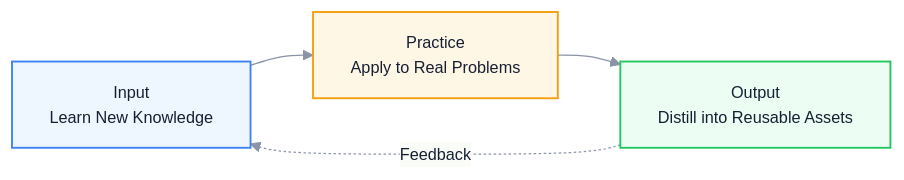
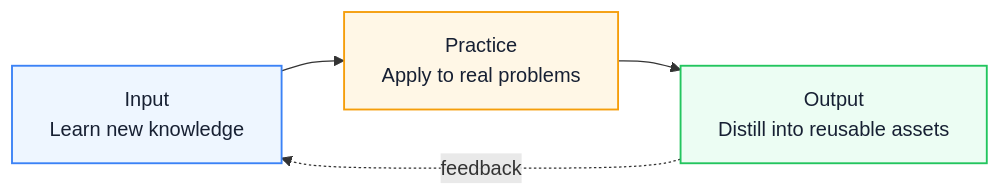
Before and after one commit to Fatejian/frontier-vault: the third of 3 diagrams in docs/en/career/growth-path.md, drawn with Mermaid. The commit also changed other lines of this file and 41 other files, not shown here.

First line of the commit message:
docs: align knowledge base with article style v3.2.0

````diff
--- a/docs/en/career/growth-path.md
+++ b/docs/en/career/growth-path.md
@@ -601,18 +549,17 @@
 ```mermaid
-%%{init: {'theme': 'base', 'themeVariables': { 'fontFamily': 'Inter, PingFang SC, Microsoft YaHei, sans-serif', 'primaryColor': '#F7F9FC', 'primaryTextColor': '#172033', 'primaryBorderColor': '#6EA8FE', 'lineColor': '#8A94A6', 'fontSize': '13px'}}}%%
 flowchart LR
-    I["Input<br/>Learn New Knowledge"]
-    P["Practice<br/>Apply to Real Problems"]
-    O["Output<br/>Distill into Reusable Assets"]
+    I["Input<br/>Learn new knowledge"]
+    P["Practice<br/>Apply to real problems"]
+    O["Output<br/>Distill into reusable assets"]
 
     I --> P --> O
-    O -. Feedback .-> I
+    O -. feedback .-> I
 
-    classDef input fill:#EEF6FF,stroke:#3B82F6,color:#172033,stroke-width:1.5px;
-    classDef practice fill:#FFF7E6,stroke:#F59E0B,color:#172033,stroke-width:1.5px;
-    classDef output fill:#ECFDF3,stroke:#22C55E,color:#172033,stroke-width:1.5px;
+    classDef wait fill:#EEF6FF,stroke:#3B82F6,color:#172033,stroke-width:1.5px;
+    classDef block fill:#FFF7E6,stroke:#F59E0B,color:#172033,stroke-width:1.5px;
+    classDef work fill:#ECFDF3,stroke:#22C55E,color:#172033,stroke-width:1.5px;
 
-    class I input;
-    class P practice;
-    class O output;
+    class I wait;
+    class P block;
+    class O work;
 ```
````
